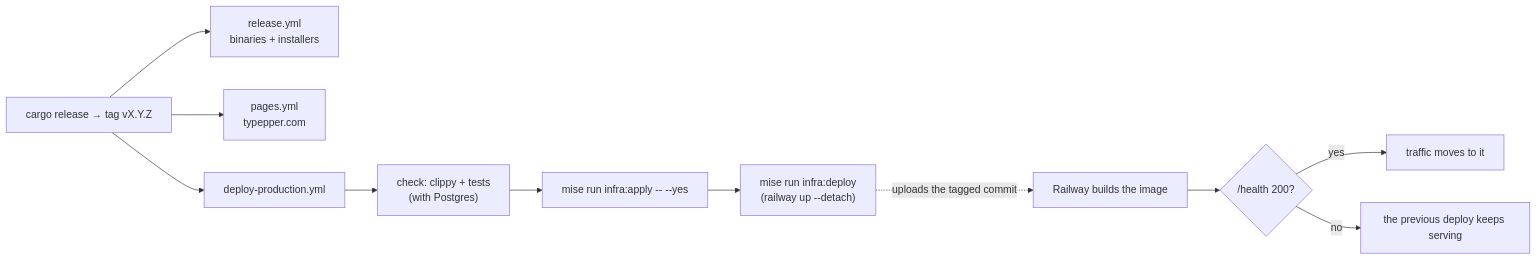
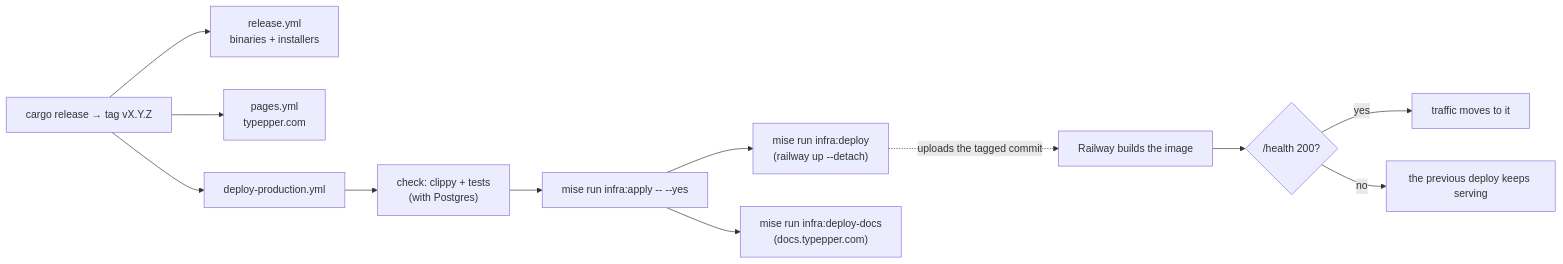
The diagram in docs/built/operations.md (leodiegues/typepper), drawn with Mermaid before and after one commit. The commit also changed other lines of this file and 8 other files, not shown here.

First line of the commit message:
docs.typepper.com on Railway: its own service

````diff
--- a/docs/built/operations.md
+++ b/docs/built/operations.md
@@ -66,13 +69,14 @@
 ```mermaid
 flowchart LR
   T["cargo release → tag vX.Y.Z"] --> R["release.yml<br/>binaries + installers"]
   T --> P["pages.yml<br/>typepper.com"]
   T --> D["deploy-production.yml"]
   D --> C["check: clippy + tests<br/>(with Postgres)"]
   C --> A["mise run infra:apply -- --yes"]
   A --> U["mise run infra:deploy<br/>(railway up --detach)"]
+  A --> DD["mise run infra:deploy-docs<br/>(docs.typepper.com)"]
   U -. "uploads the tagged commit" .-> RB["Railway builds the image"]
   RB --> H{"/health 200?"}
   H -- yes --> L["traffic moves to it"]
   H -- no --> O["the previous deploy keeps serving"]
 ```
````
